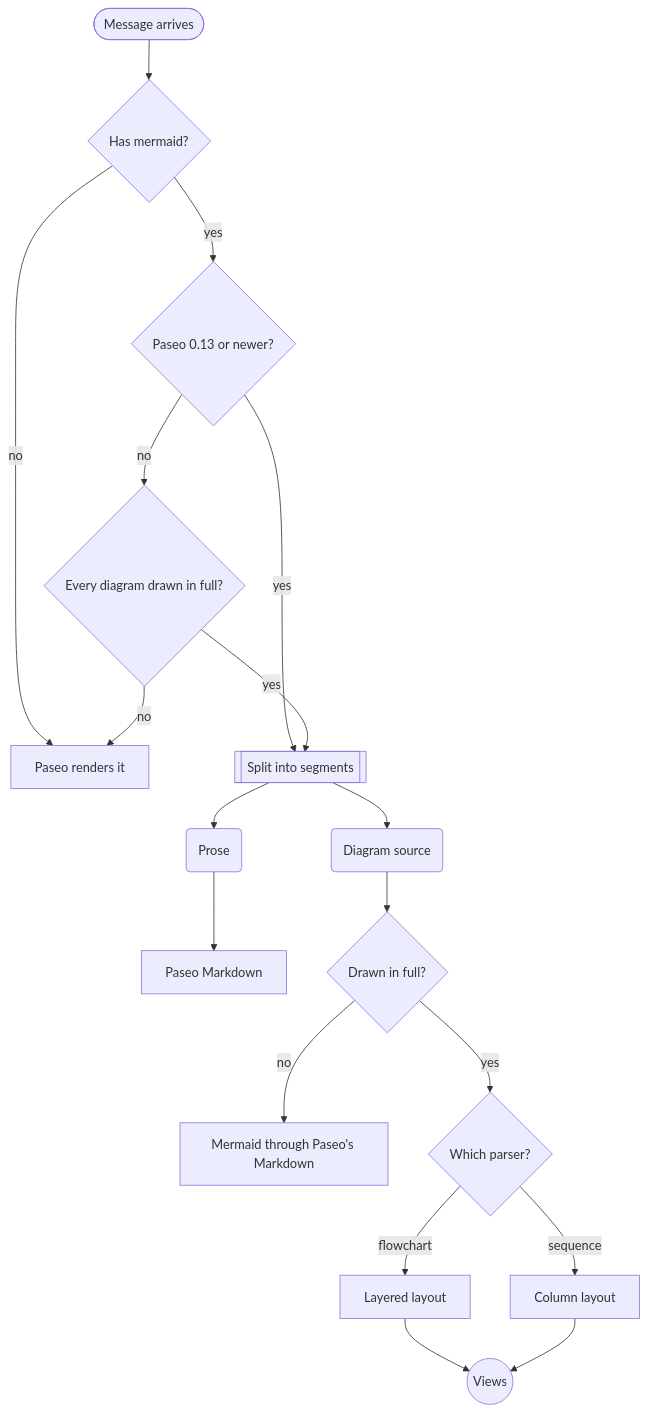
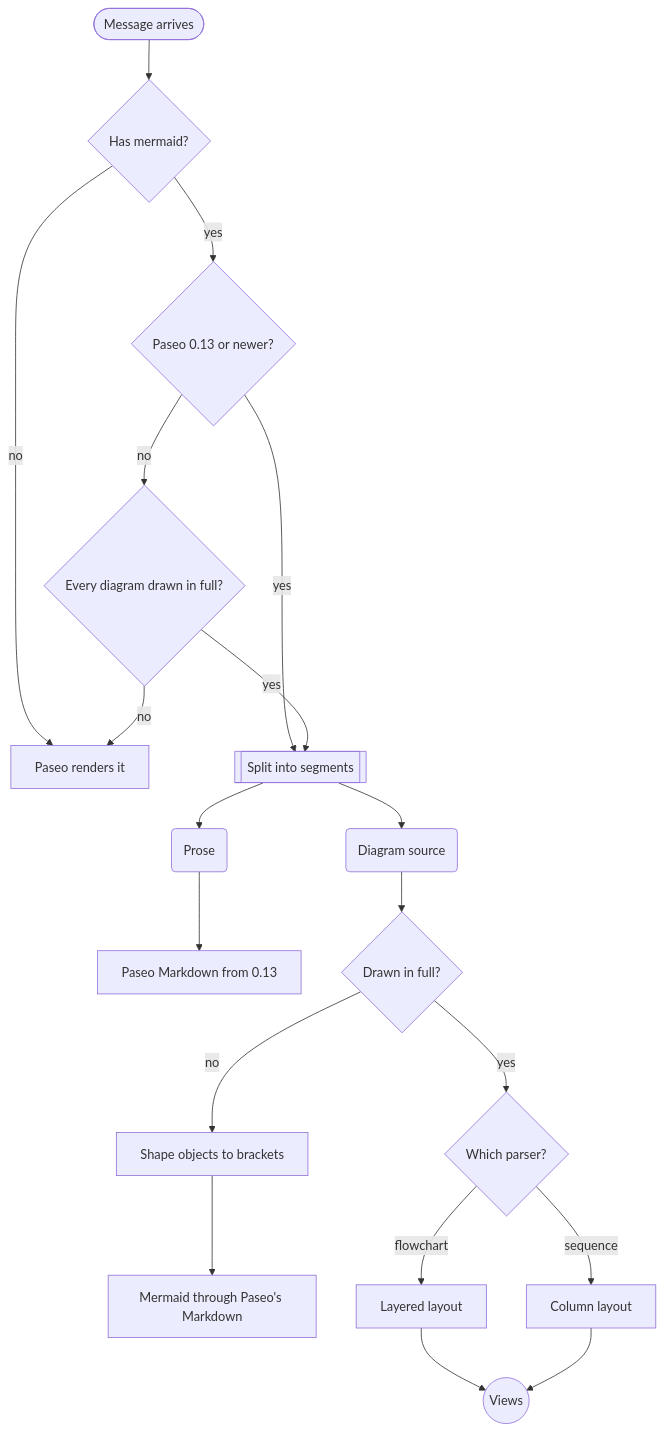
Before and after one commit to dutchakdev/paseo-plugin-mermaid: the diagram in README.md, drawn with Mermaid. The commit also changed other lines of this file and 2 other files, not shown here.

Commit message:
Docs: shape objects and what Paseo's renderer refuses

````diff
--- a/README.md
+++ b/README.md
@@ -158,20 +164,21 @@
 ```mermaid
 flowchart TD
     Msg([Message arrives]) --> Check{Has mermaid?}
     Check -->|no| Paseo[Paseo renders it]
     Check -->|yes| Host{Paseo 0.13 or newer?}
     Host -->|yes| Split[[Split into segments]]
     Host -->|no| Full{Every diagram drawn in full?}
     Full -->|no| Paseo
     Full -->|yes| Split
     Split --> Text(Prose)
     Split --> Src(Diagram source)
-    Text --> Md[Paseo Markdown]
+    Text --> Md[Paseo Markdown from 0.13]
     Src --> Own{Drawn in full?}
-    Own -->|no| Mer[Mermaid through Paseo's Markdown]
+    Own -->|no| Fix[Shape objects to brackets]
+    Fix --> Mer[Mermaid through Paseo's Markdown]
     Own -->|yes| Parse{Which parser?}
     Parse -->|flowchart| Layout[Layered layout]
     Parse -->|sequence| Columns[Column layout]
     Layout --> Draw((Views))
     Columns --> Draw
 ```
````
